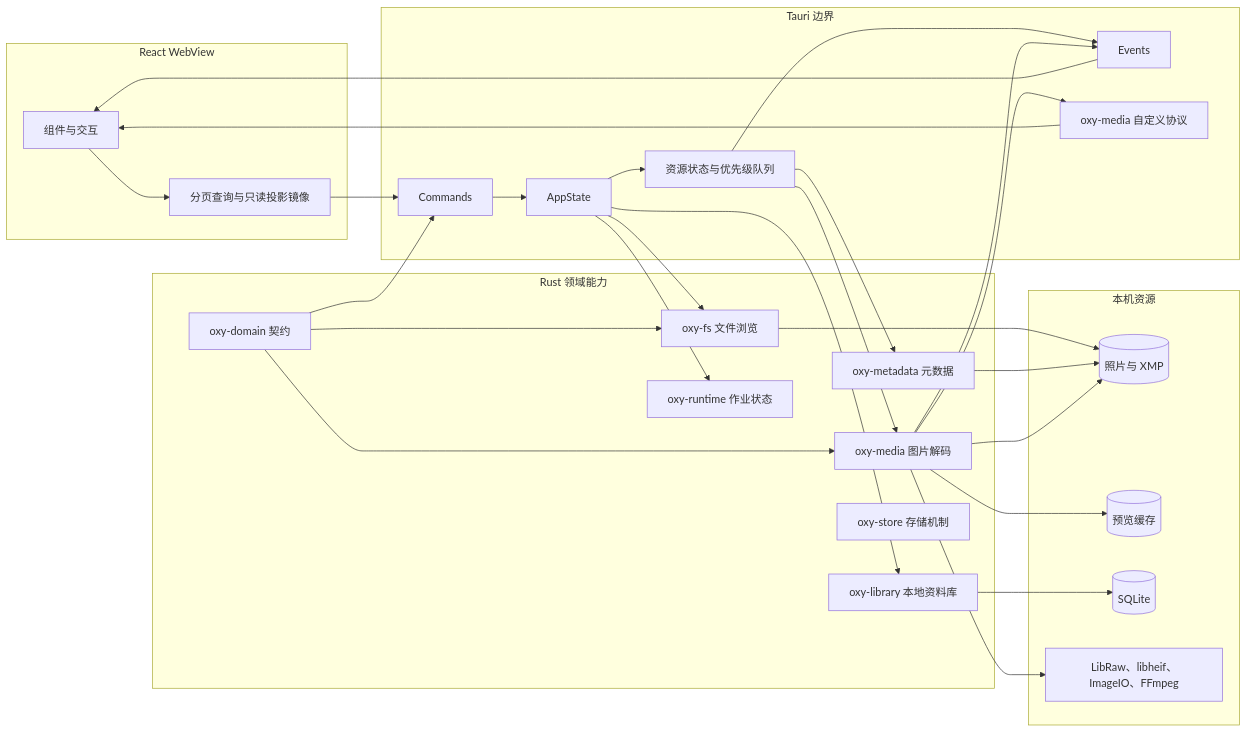
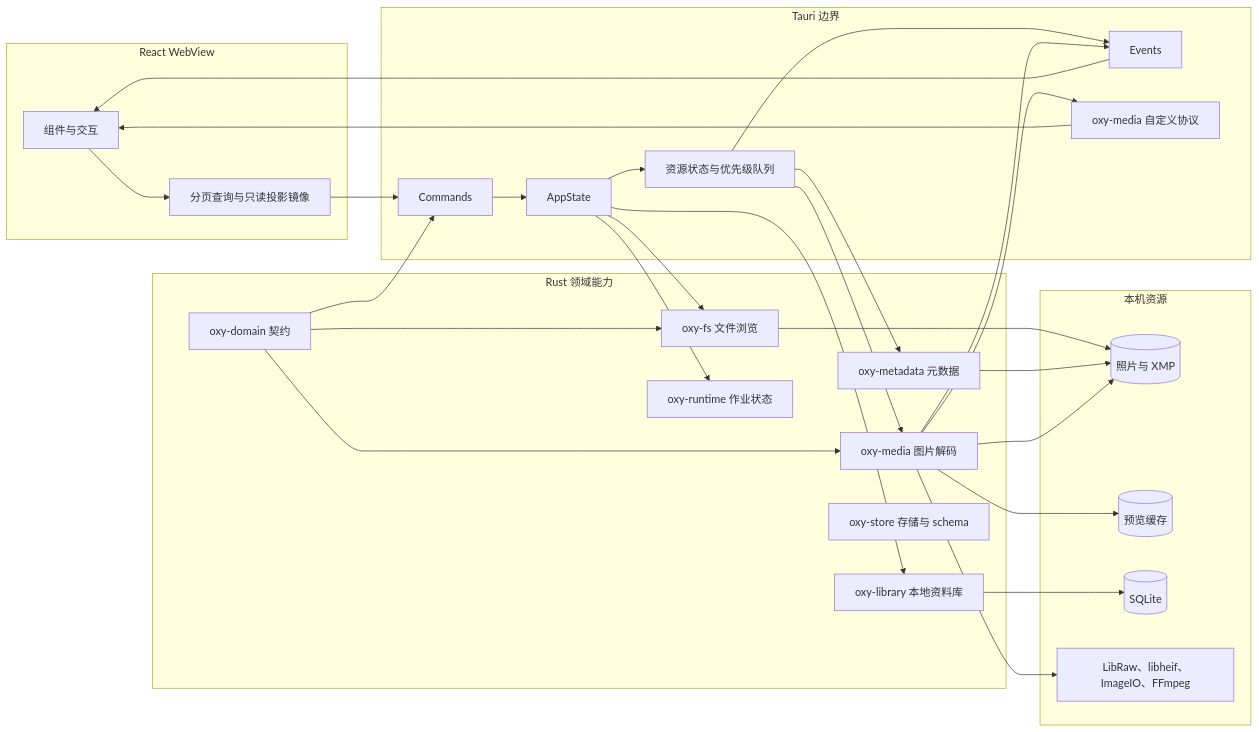
The first of 3 diagrams in docs/ARCHITECTURE.md (oxygenkun/oxyviewer), drawn with Mermaid before and after one commit. The commit also changed other lines of this file and 26 other files, not shown here.

````diff
--- a/docs/ARCHITECTURE.md
+++ b/docs/ARCHITECTURE.md
@@ -77,56 +77,56 @@
 ```mermaid
 flowchart LR
     subgraph uiLayer["React WebView"]
         reactUi["组件与交互"]
         queryState["分页查询与只读投影镜像"]
     end
 
     subgraph bridgeLayer["Tauri 边界"]
         commands["Commands"]
         events["Events"]
         mediaProtocol["oxy-media 自定义协议"]
         appState["AppState"]
         resourceCoordinator["资源状态与优先级队列"]
     end
 
     subgraph coreLayer["Rust 领域能力"]
         domain["oxy-domain 契约"]
         fsCrate["oxy-fs 文件浏览"]
         mediaCrate["oxy-media 图片解码"]
         metadataCrate["oxy-metadata 元数据"]
         libraryCrate["oxy-library 本地资料库"]
         runtimeCrate["oxy-runtime 作业状态"]
-        storeCrate["oxy-store 存储机制"]
+        storeCrate["oxy-store 存储与 schema"]
     end
 
     subgraph localData["本机资源"]
         photoFiles[("照片与 XMP")]
         previewCache[("预览缓存")]
         sqliteDb[("SQLite")]
         nativeDecoders["LibRaw、libheif、ImageIO、FFmpeg"]
     end
 
     reactUi --> queryState
     queryState --> commands
     events --> reactUi
     mediaProtocol --> reactUi
     commands --> appState
     appState --> resourceCoordinator
     resourceCoordinator --> events
     appState --> fsCrate
     resourceCoordinator --> mediaCrate
     resourceCoordinator --> metadataCrate
     appState --> libraryCrate
     appState --> runtimeCrate
     domain --> commands
     domain --> fsCrate
     domain --> mediaCrate
     fsCrate --> photoFiles
     metadataCrate --> photoFiles
     mediaCrate --> photoFiles
     mediaCrate --> previewCache
     mediaCrate --> nativeDecoders
     libraryCrate --> sqliteDb
     mediaCrate --> events
     mediaCrate --> mediaProtocol
 ```
````
